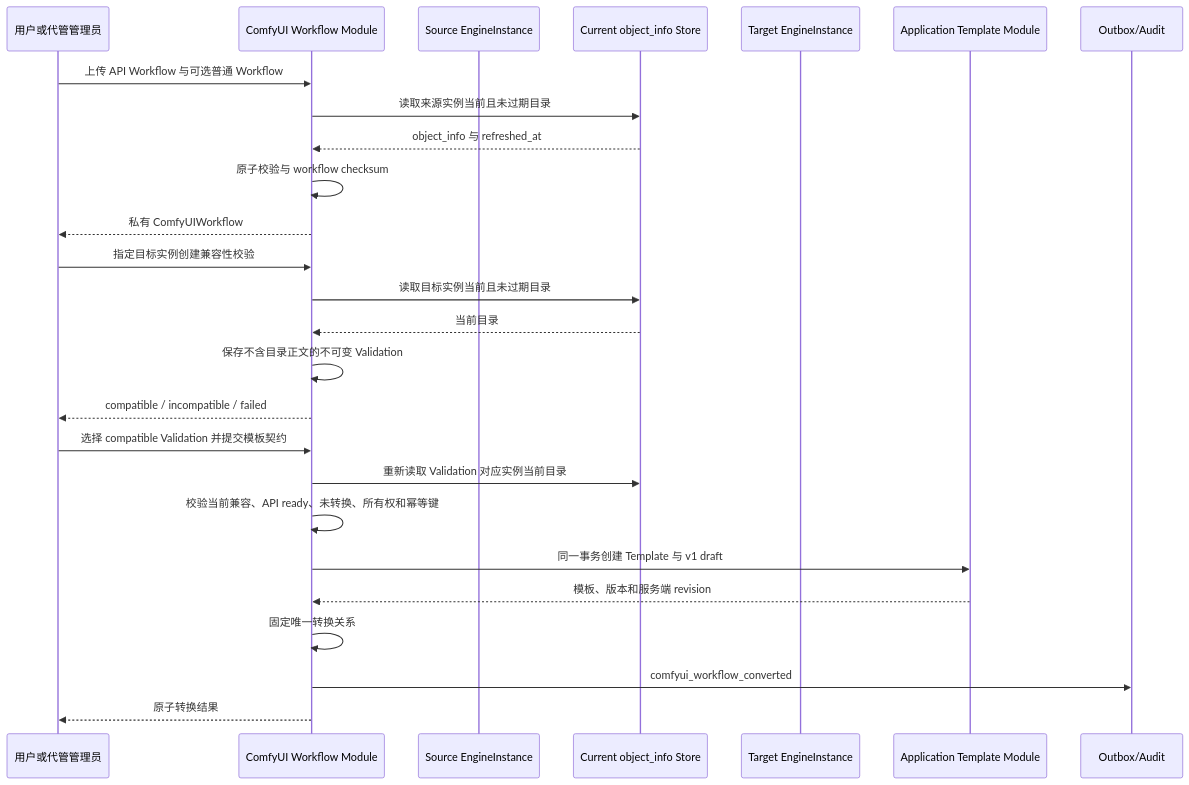
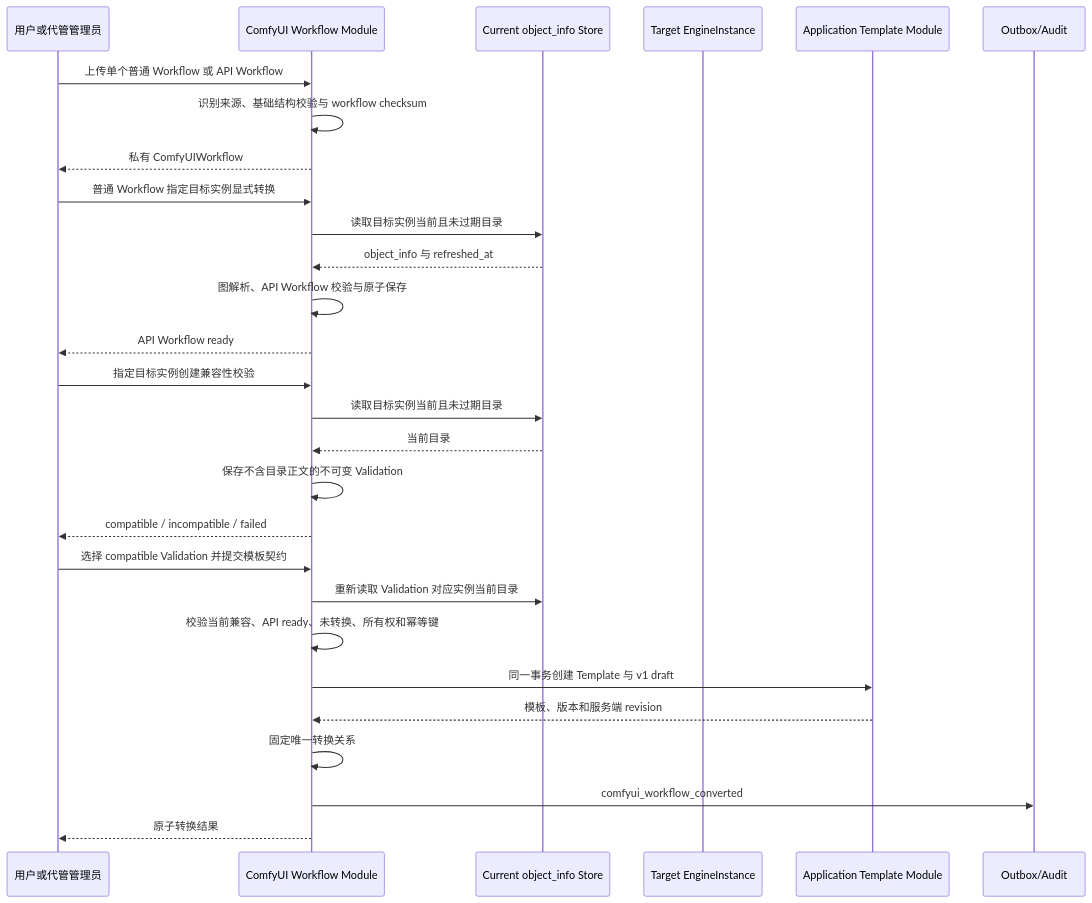
The third of 4 diagrams in 02_architecture/domains/application-platform.md (wangweihong/omnimam-spec), drawn with Mermaid before and after one commit. The commit also changed other lines of this file and 5 other files, not shown here.

Commit message:
spec(application-platform): decouple workflow import from engine

````diff
--- a/02_architecture/domains/application-platform.md
+++ b/02_architecture/domains/application-platform.md
@@ -146,31 +146,34 @@
 ```mermaid
 sequenceDiagram
     participant User as 用户或代管管理员
     participant Workflow as ComfyUI Workflow Module
-    participant Source as Source EngineInstance
     participant Catalog as Current object_info Store
     participant Target as Target EngineInstance
     participant Template as Application Template Module
     participant Outbox as Outbox/Audit
 
-    User->>Workflow: 上传 API Workflow 与可选普通 Workflow
-    Workflow->>Catalog: 读取来源实例当前且未过期目录
+    User->>Workflow: 上传单个普通 Workflow 或 API Workflow
+    Workflow->>Workflow: 识别来源、基础结构校验与 workflow checksum
+    Workflow-->>User: 私有 ComfyUIWorkflow
+
+    User->>Workflow: 普通 Workflow 指定目标实例显式转换
+    Workflow->>Catalog: 读取目标实例当前且未过期目录
     Catalog-->>Workflow: object_info 与 refreshed_at
-    Workflow->>Workflow: 原子校验与 workflow checksum
-    Workflow-->>User: 私有 ComfyUIWorkflow
+    Workflow->>Workflow: 图解析、API Workflow 校验与原子保存
+    Workflow-->>User: API Workflow ready
 
     User->>Workflow: 指定目标实例创建兼容性校验
     Workflow->>Catalog: 读取目标实例当前且未过期目录
     Catalog-->>Workflow: 当前目录
     Workflow->>Workflow: 保存不含目录正文的不可变 Validation
     Workflow-->>User: compatible / incompatible / failed
 
     User->>Workflow: 选择 compatible Validation 并提交模板契约
     Workflow->>Catalog: 重新读取 Validation 对应实例当前目录
     Workflow->>Workflow: 校验当前兼容、API ready、未转换、所有权和幂等键
     Workflow->>Template: 同一事务创建 Template 与 v1 draft
     Template-->>Workflow: 模板、版本和服务端 revision
     Workflow->>Workflow: 固定唯一转换关系
     Workflow->>Outbox: comfyui_workflow_converted
     Workflow-->>User: 原子转换结果
 ```
````
